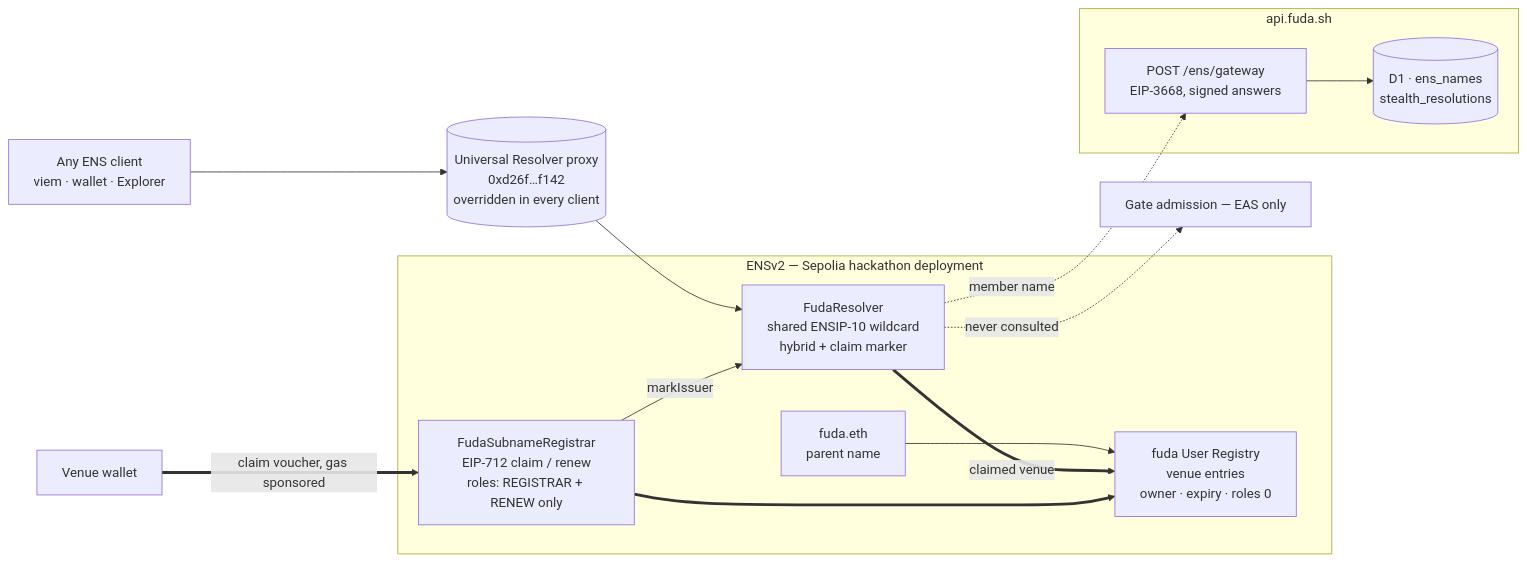
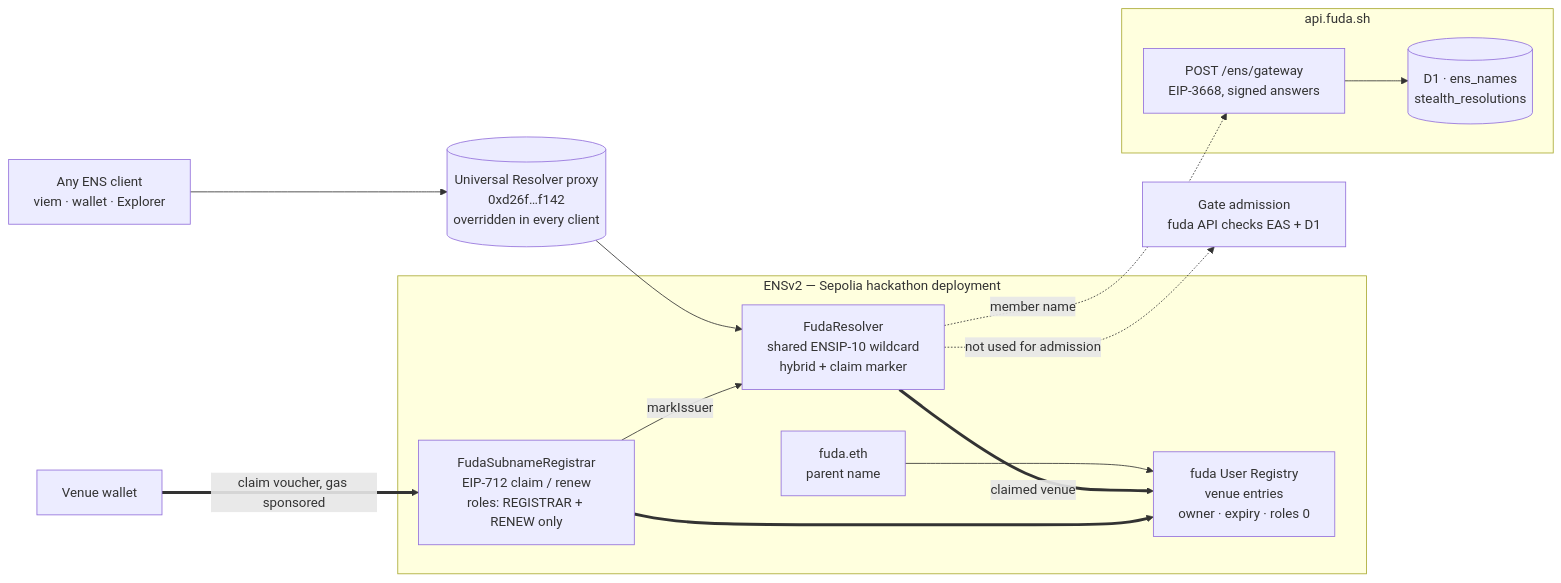
One commit to oboroxyz/fuda-sh changed the first of 2 diagrams in docs/integrations/ens.md. Above: the diagram before and after it, drawn with Mermaid. The commit also changed other lines of this file and 1 other file, not shown here.

Commit message:
docs: verify private ENS resolution and clarify Graph integration

````diff
--- a/docs/integrations/ens.md
+++ b/docs/integrations/ens.md
@@ -11,26 +11,26 @@
 ```mermaid
 flowchart LR
     CLIENT["Any ENS client<br/>viem · wallet · Explorer"]
     UR[("Universal Resolver proxy<br/>0xd26f…f142<br/>overridden in every client")]
 
     subgraph ens["ENSv2 — Sepolia hackathon deployment"]
         ROOT["fuda.eth<br/>parent name"]
         REG["fuda User Registry<br/>venue entries<br/>owner · expiry · roles 0"]
         RES["FudaResolver<br/>shared ENSIP-10 wildcard<br/>hybrid + claim marker"]
         SR["FudaSubnameRegistrar<br/>EIP-712 claim / renew<br/>roles: REGISTRAR + RENEW only"]
     end
 
     subgraph api["api.fuda.sh"]
         GW["POST /ens/gateway<br/>EIP-3668, signed answers"]
         D1[("D1 · ens_names<br/>stealth_resolutions")]
     end
 
     CLIENT --> UR --> RES
     ROOT --> REG
     RES ==>|"claimed venue"| REG
     RES -.->|"member name"| GW --> D1
     VENUE["Venue wallet"] ==>|"claim voucher, gas sponsored"| SR ==> REG
     SR -->|"markIssuer"| RES
 
-    RES -. "never consulted" .-> GATE["Gate admission — EAS only"]
+    RES -. "not used for admission" .-> GATE["Gate admission<br/>fuda API checks EAS + D1"]
 ```
````
